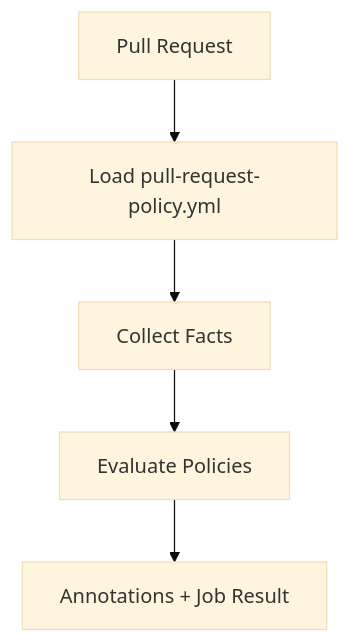
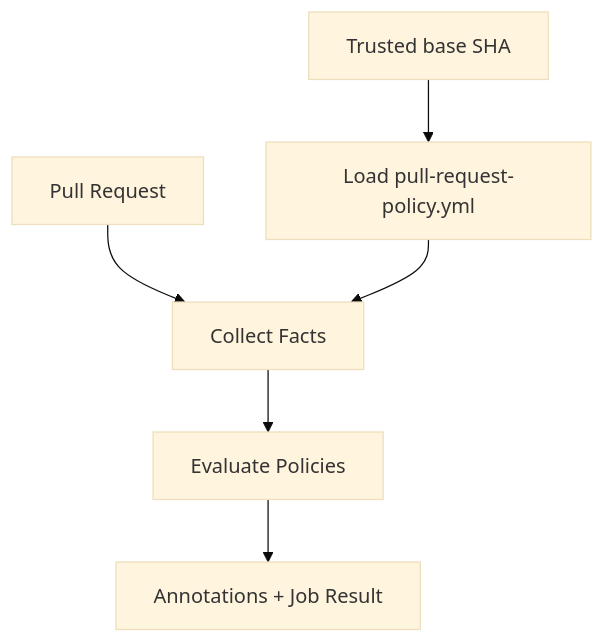
The diagram in docs/how-it-works.md (milaforge/pull-request-policy), drawn with Mermaid (base theme) before and after one commit. The commit also changed other lines of this file and 10 other files, not shown here.

Commit message:
fix: load policy from trusted base

````diff
--- a/docs/how-it-works.md
+++ b/docs/how-it-works.md
@@ -7,7 +7,8 @@
 ```mermaid
 graph TD
-    PR[Pull Request] --> Config[Load pull-request-policy.yml]
+    Base[Trusted base SHA] --> Config[Load pull-request-policy.yml]
+    PR[Pull Request] --> Facts[Collect PR facts]
     Config --> Facts[Collect Facts]
     Facts --> Engine[Evaluate Policies]
     Engine --> CI[Annotations + Job Result]
 ```
````
